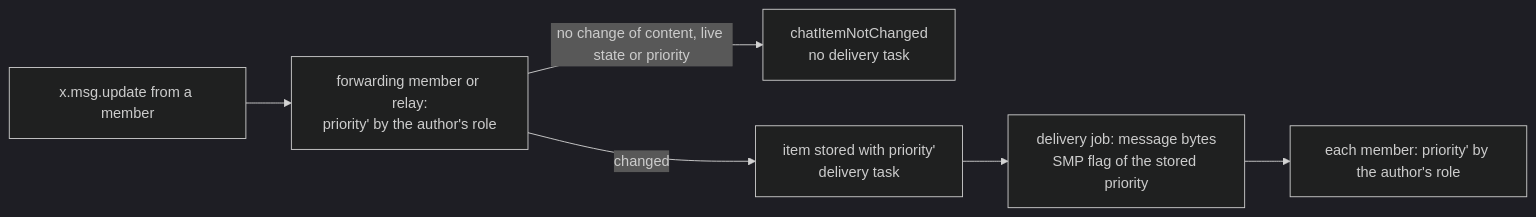
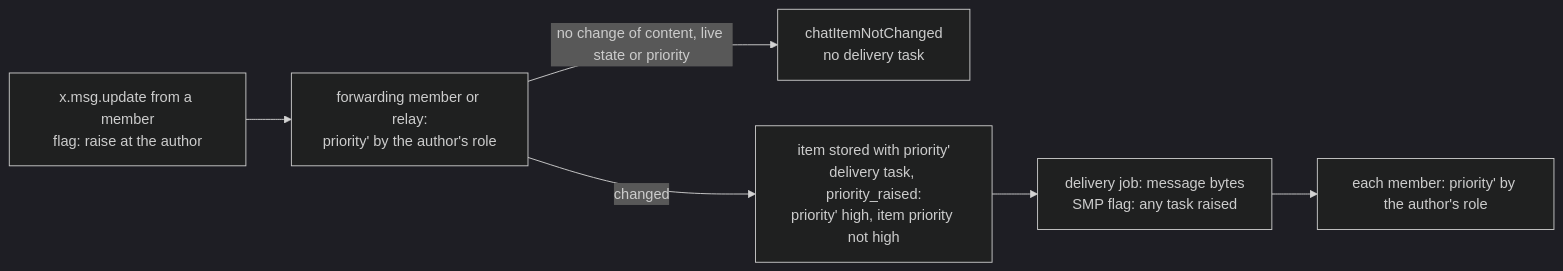
The fifth of 5 diagrams in plans/2026-11-12-mcp-silent-messages.md (simplex-chat/simplex-chat), drawn with Mermaid (dark theme) before and after one commit. The commit also changed other lines of this file and 14 other files, not shown here.

Commit message:
core: push an edit only when it changes the message to high priority

````diff
--- a/plans/2026-11-12-mcp-silent-messages.md
+++ b/plans/2026-11-12-mcp-silent-messages.md
@@ -429,8 +434,8 @@
 ```mermaid
 flowchart LR
-  U["x.msg.update from a member"] --> R["forwarding member or relay:<br>priority' by the author's role"]
+  U["x.msg.update from a member<br>flag: raise at the author"] --> R["forwarding member or relay:<br>priority' by the author's role"]
   R -->|"no change of content, live state or priority"| N["chatItemNotChanged<br>no delivery task"]
-  R -->|"changed"| S["item stored with priority'<br>delivery task"]
-  S --> J["delivery job: message bytes<br>SMP flag of the stored priority"]
+  R -->|"changed"| S["item stored with priority'<br>delivery task, priority_raised:<br>priority' high, item priority not high"]
+  S --> J["delivery job: message bytes<br>SMP flag: any task raised"]
   J --> M["each member: priority' by the author's role"]
 ```
````
